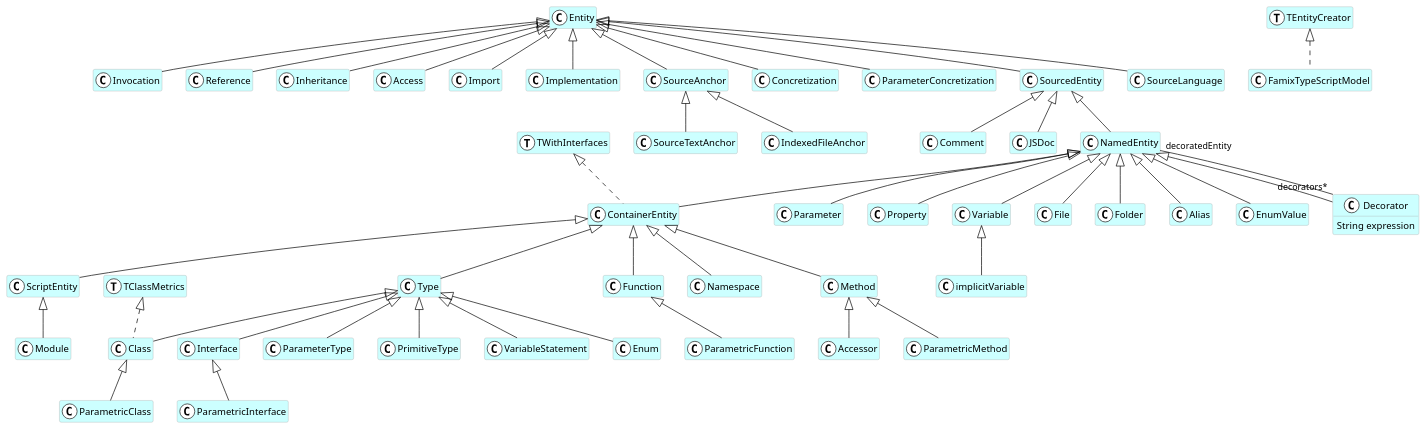
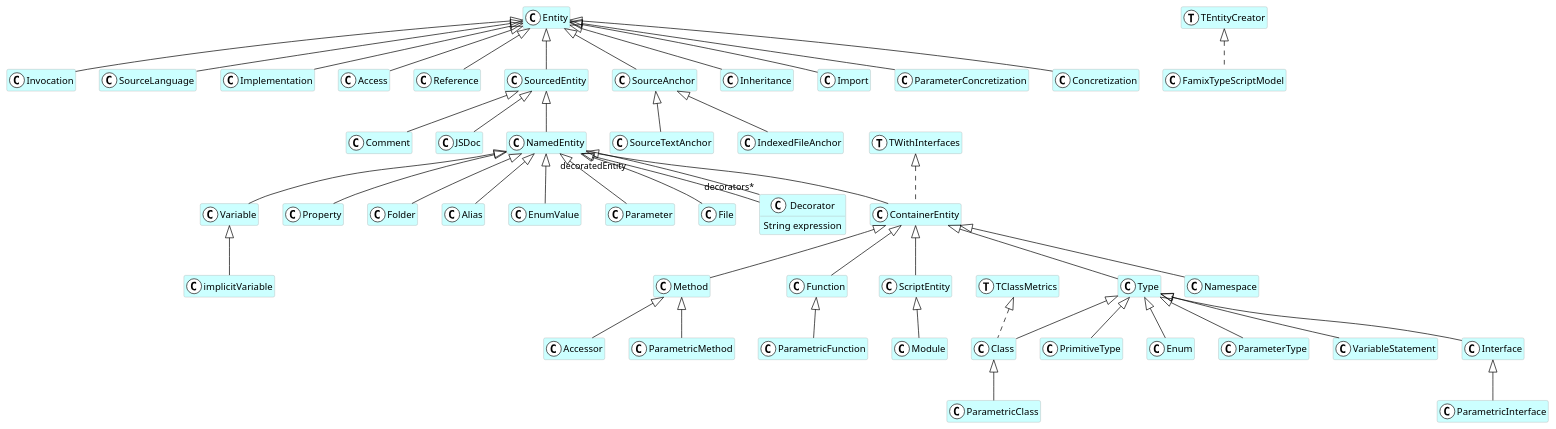
One commit to fuhrmanator/FamixTypeScript changed the diagram in doc-uml/FamixTypeScript.puml. Above: the diagram before and after it, drawn with PlantUML. The commit also changed other lines of this file and 3 other files, not shown here.

```diff
--- a/doc-uml/FamixTypeScript.puml
+++ b/doc-uml/FamixTypeScript.puml
@@ -1,152 +1,152 @@
 @startuml
 hide empty members
 skinparam class {
   BackgroundColor white
   ArrowColor black
   BorderColor darkGray
 }
-class implicitVariable <<(C,white)>> #CCFFFF {
+class SourceTextAnchor <<(C,white)>> #CCFFFF {
+}
+class PrimitiveType <<(C,white)>> #CCFFFF {
+}
+class Accessor <<(C,white)>> #CCFFFF {
+}
+class Type <<(C,white)>> #CCFFFF {
+}
+class IndexedFileAnchor <<(C,white)>> #CCFFFF {
+}
+class Entity <<(C,white)>> #CCFFFF {
+}
+class Invocation <<(C,white)>> #CCFFFF {
+}
+class TClassMetrics <<(T,white)>> #CCFFFF {
+}
+class Enum <<(C,white)>> #CCFFFF {
+}
+class Variable <<(C,white)>> #CCFFFF {
+}
+class ParametricInterface <<(C,white)>> #CCFFFF {
+}
+class Property <<(C,white)>> #CCFFFF {
+}
+class ParametricClass <<(C,white)>> #CCFFFF {
+}
+class Namespace <<(C,white)>> #CCFFFF {
+}
+class Method <<(C,white)>> #CCFFFF {
+}
+class ContainerEntity <<(C,white)>> #CCFFFF {
+}
+class Comment <<(C,white)>> #CCFFFF {
+}
+class FamixTypeScriptModel <<(C,white)>> #CCFFFF {
+}
+class Folder <<(C,white)>> #CCFFFF {
+}
+class ParameterType <<(C,white)>> #CCFFFF {
+}
+class TEntityCreator <<(T,white)>> #CCFFFF {
+}
+class SourceLanguage <<(C,white)>> #CCFFFF {
+}
+class Implementation <<(C,white)>> #CCFFFF {
+}
+class ParametricFunction <<(C,white)>> #CCFFFF {
+}
+class Access <<(C,white)>> #CCFFFF {
+}
+class Alias <<(C,white)>> #CCFFFF {
 }
 class TWithInterfaces <<(T,white)>> #CCFFFF {
 }
-class Invocation <<(C,white)>> #CCFFFF {
+class ParametricMethod <<(C,white)>> #CCFFFF {
 }
-class Parameter <<(C,white)>> #CCFFFF {
+class Class <<(C,white)>> #CCFFFF {
 }
-class Namespace <<(C,white)>> #CCFFFF {
-}
-class FamixTypeScriptModel <<(C,white)>> #CCFFFF {
-}
-class SourceTextAnchor <<(C,white)>> #CCFFFF {
+class implicitVariable <<(C,white)>> #CCFFFF {
 }
 class Reference <<(C,white)>> #CCFFFF {
 }
-class PrimitiveType <<(C,white)>> #CCFFFF {
+class Function <<(C,white)>> #CCFFFF {
 }
-class Comment <<(C,white)>> #CCFFFF {
+class SourcedEntity <<(C,white)>> #CCFFFF {
 }
-class Method <<(C,white)>> #CCFFFF {
+class ScriptEntity <<(C,white)>> #CCFFFF {
 }
 class Decorator <<(C,white)>> #CCFFFF {
   String expression
 }
+class SourceAnchor <<(C,white)>> #CCFFFF {
+}
 class Module <<(C,white)>> #CCFFFF {
+}
+class EnumValue <<(C,white)>> #CCFFFF {
 }
 class Inheritance <<(C,white)>> #CCFFFF {
 }
-class ScriptEntity <<(C,white)>> #CCFFFF {
+class JSDoc <<(C,white)>> #CCFFFF {
 }
-class Property <<(C,white)>> #CCFFFF {
+class Import <<(C,white)>> #CCFFFF {
 }
-class TClassMetrics <<(T,white)>> #CCFFFF {
+class ParameterConcretization <<(C,white)>> #CCFFFF {
 }
-class Access <<(C,white)>> #CCFFFF {
-}
-class TEntityCreator <<(T,white)>> #CCFFFF {
+class Parameter <<(C,white)>> #CCFFFF {
 }
 class VariableStatement <<(C,white)>> #CCFFFF {
 }
-class Accessor <<(C,white)>> #CCFFFF {
+class NamedEntity <<(C,white)>> #CCFFFF {
 }
-class Variable <<(C,white)>> #CCFFFF {
-}
-class Import <<(C,white)>> #CCFFFF {
-}
-class Enum <<(C,white)>> #CCFFFF {
-}
-class Implementation <<(C,white)>> #CCFFFF {
+class Concretization <<(C,white)>> #CCFFFF {
 }
 class Interface <<(C,white)>> #CCFFFF {
 }
 class File <<(C,white)>> #CCFFFF {
 }
-class JSDoc <<(C,white)>> #CCFFFF {
-}
-class Folder <<(C,white)>> #CCFFFF {
-}
-class SourceAnchor <<(C,white)>> #CCFFFF {
-}
-class NamedEntity <<(C,white)>> #CCFFFF {
-}
-class Class <<(C,white)>> #CCFFFF {
-}
-class IndexedFileAnchor <<(C,white)>> #CCFFFF {
-}
-class Entity <<(C,white)>> #CCFFFF {
-}
-class ParametricInterface <<(C,white)>> #CCFFFF {
-}
-class ParametricFunction <<(C,white)>> #CCFFFF {
-}
-class ParametricMethod <<(C,white)>> #CCFFFF {
-}
-class Concretization <<(C,white)>> #CCFFFF {
-}
-class Type <<(C,white)>> #CCFFFF {
-}
-class Alias <<(C,white)>> #CCFFFF {
-}
-class EnumValue <<(C,white)>> #CCFFFF {
-}
-class ParameterConcretization <<(C,white)>> #CCFFFF {
-}
-class SourcedEntity <<(C,white)>> #CCFFFF {
-}
-class SourceLanguage <<(C,white)>> #CCFFFF {
-}
-class ParameterType <<(C,white)>> #CCFFFF {
-}
-class Function <<(C,white)>> #CCFFFF {
-}
-class ParametricClass <<(C,white)>> #CCFFFF {
-}
-class ContainerEntity <<(C,white)>> #CCFFFF {
-}
+SourceAnchor <|-- SourceTextAnchor
+Type <|-- PrimitiveType
+Method <|-- Accessor
+ContainerEntity <|-- Type
+SourceAnchor <|-- IndexedFileAnchor
+Entity <|-- Invocation
+Type <|-- Enum
+NamedEntity <|-- Variable
+Interface <|-- ParametricInterface
+NamedEntity <|-- Property
+Class <|-- ParametricClass
+ContainerEntity <|-- Method
+ContainerEntity <|-- Namespace
+NamedEntity <|-- ContainerEntity
+SourcedEntity <|-- Comment
+NamedEntity <|-- Folder
+Type <|-- ParameterType
+Entity <|-- SourceLanguage
+Entity <|-- Implementation
+Function <|-- ParametricFunction
+Entity <|-- Access
+NamedEntity <|-- Alias
+Method <|-- ParametricMethod
+Type <|-- Class
 Variable <|-- implicitVariable
-Entity <|-- Invocation
+Entity <|-- Reference
+ContainerEntity <|-- Function
+Entity <|-- SourcedEntity
+ContainerEntity <|-- ScriptEntity
+NamedEntity <|-- Decorator
+Entity <|-- SourceAnchor
+ScriptEntity <|-- Module
+NamedEntity <|-- EnumValue
+Entity <|-- Inheritance
+SourcedEntity <|-- JSDoc
+Entity <|-- Import
+Entity <|-- ParameterConcretization
 NamedEntity <|-- Parameter
-ContainerEntity <|-- Namespace
-SourceAnchor <|-- SourceTextAnchor
-Entity <|-- Reference
-SourcedEntity <|-- Comment
-Type <|-- PrimitiveType
-ScriptEntity <|-- Module
-NamedEntity <|-- Decorator
-ContainerEntity <|-- Method
-Entity <|-- Inheritance
-ContainerEntity <|-- ScriptEntity
-NamedEntity <|-- Property
-Entity <|-- Access
 Type <|-- VariableStatement
-Method <|-- Accessor
-NamedEntity <|-- Variable
-Entity <|-- Import
-Type <|-- Enum
-Entity <|-- Implementation
+SourcedEntity <|-- NamedEntity
+Entity <|-- Concretization
 Type <|-- Interface
-SourcedEntity <|-- JSDoc
 NamedEntity <|-- File
-NamedEntity <|-- Folder
-SourceAnchor <|-- IndexedFileAnchor
-Entity <|-- SourceAnchor
-Function <|-- ParametricFunction
-Method <|-- ParametricMethod
-SourcedEntity <|-- NamedEntity
-Type <|-- Class
-Interface <|-- ParametricInterface
-Entity <|-- Concretization
-ContainerEntity <|-- Type
-NamedEntity <|-- Alias
-NamedEntity <|-- EnumValue
-Entity <|-- ParameterConcretization
-Entity <|-- SourcedEntity
-Entity <|-- SourceLanguage
-Type <|-- ParameterType
-ContainerEntity <|-- Function
-Class <|-- ParametricClass
-NamedEntity <|-- ContainerEntity
+TWithInterfaces <|.. ContainerEntity
 TEntityCreator <|.. FamixTypeScriptModel
 TClassMetrics <|.. Class
-TWithInterfaces <|.. ContainerEntity
 Decorator "decorators*" -- "decoratedEntity" NamedEntity
 @enduml
```
